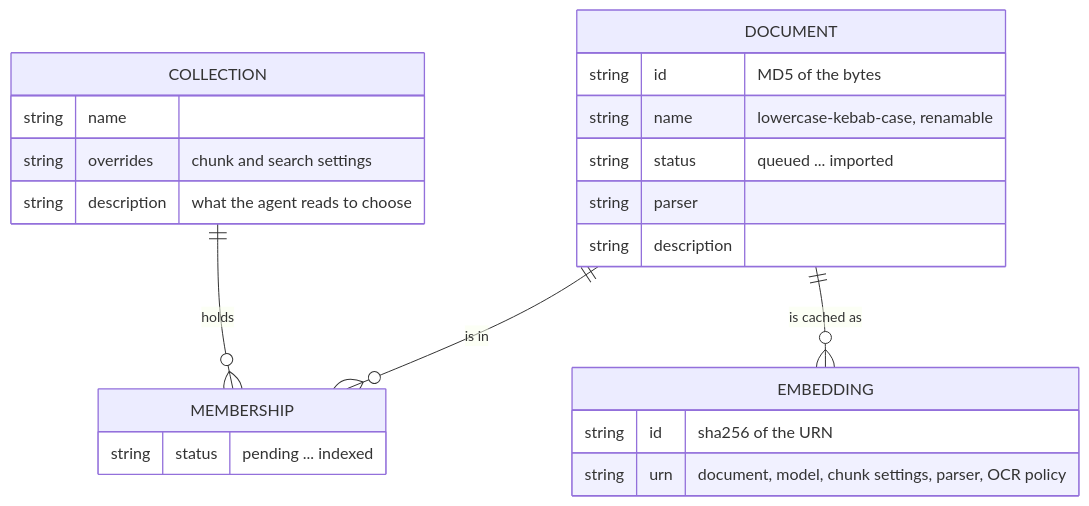
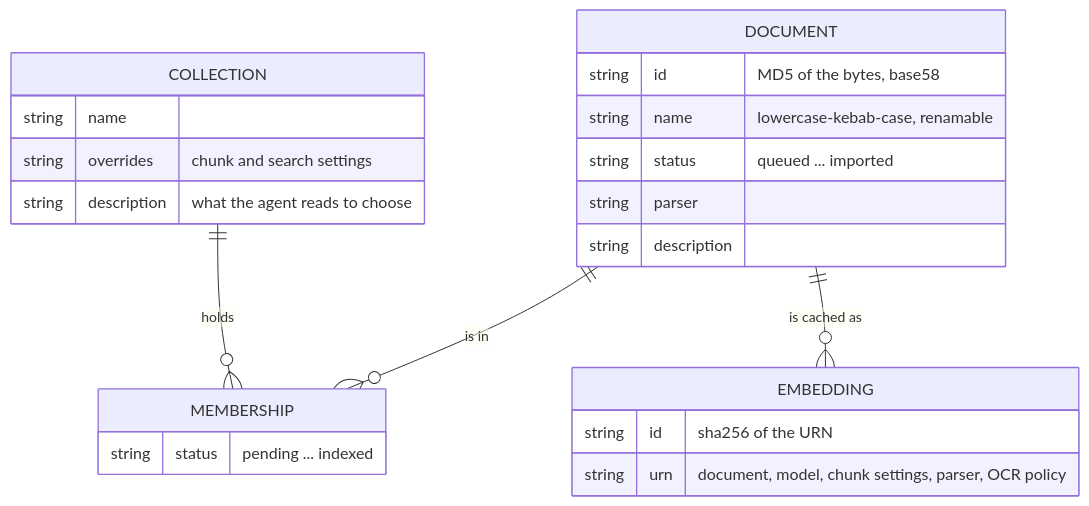
Before and after one commit to haskian/haskie: the first of 4 diagrams in docs/documents-and-collections.md, drawn with Mermaid. The commit also changed other lines of this file and 124 other files, not shown here.

````diff
--- a/docs/documents-and-collections.md
+++ b/docs/documents-and-collections.md
@@ -7,25 +7,25 @@
 ```mermaid
 erDiagram
     DOCUMENT ||--o{ MEMBERSHIP : "is in"
     COLLECTION ||--o{ MEMBERSHIP : holds
     DOCUMENT ||--o{ EMBEDDING : "is cached as"
     DOCUMENT {
-        string id "MD5 of the bytes"
+        string id "MD5 of the bytes, base58"
         string name "lowercase-kebab-case, renamable"
         string status "queued ... imported"
         string parser
         string description
     }
     COLLECTION {
         string name
         string overrides "chunk and search settings"
         string description "what the agent reads to choose"
     }
     MEMBERSHIP {
         string status "pending ... indexed"
     }
     EMBEDDING {
         string id "sha256 of the URN"
         string urn "document, model, chunk settings, parser, OCR policy"
     }
 ```
````
